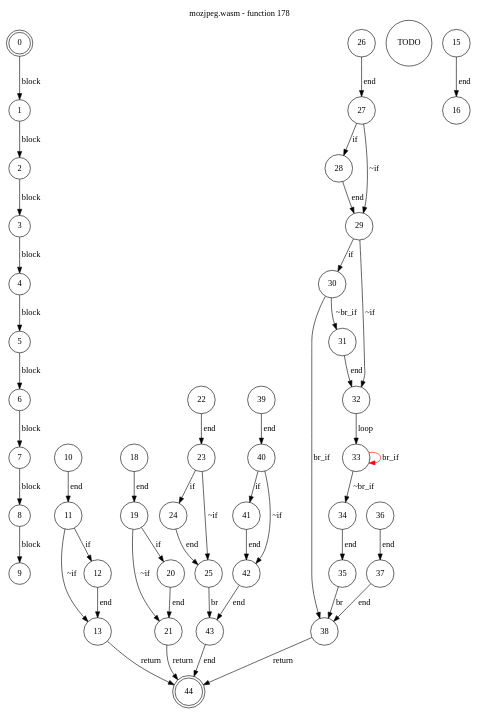
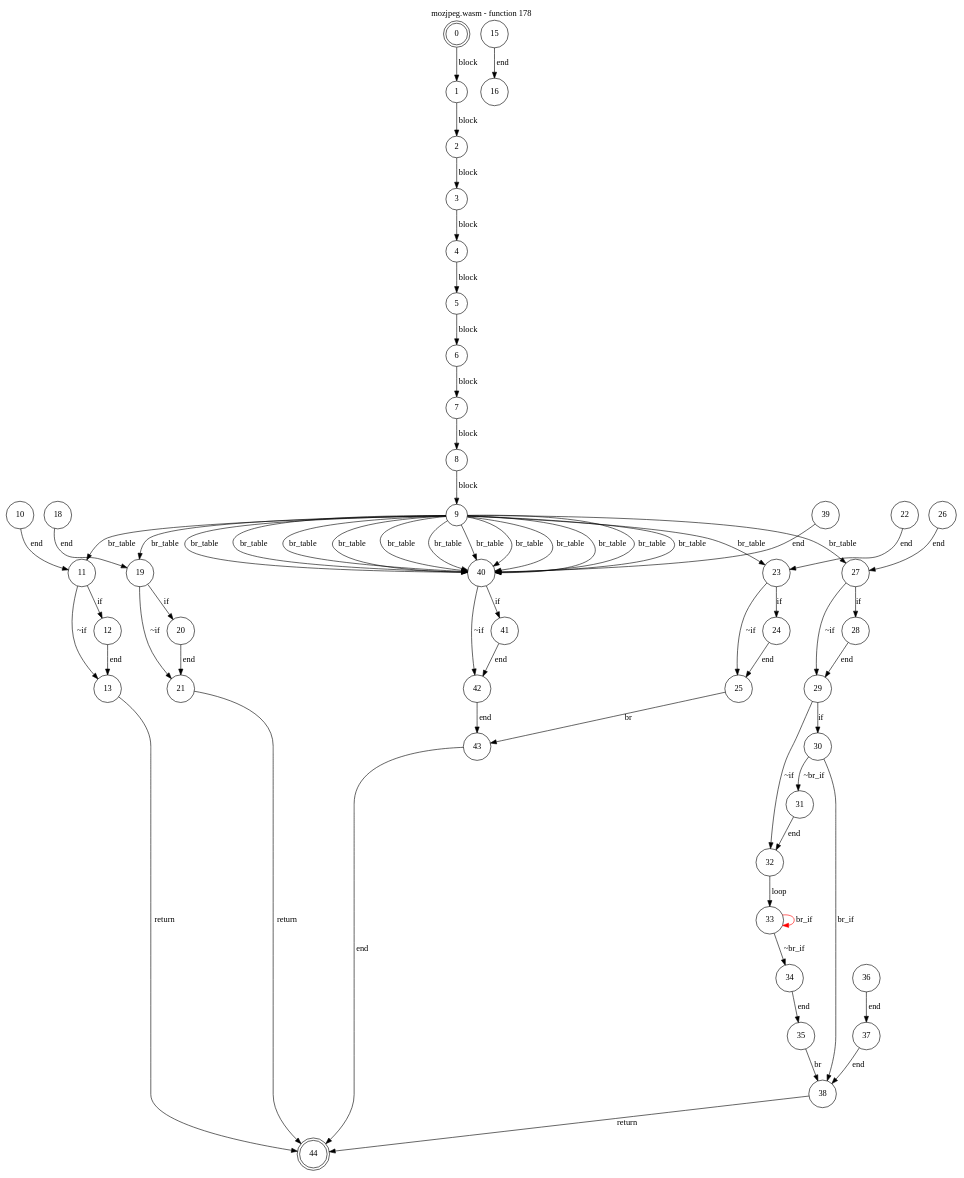
Before and after one commit to jsCarleton/wanalyze: the diagram in test_cases/mozjpeg/funcs/mozjpeg-func178.dot, drawn with Graphviz. The commit also changed 723 other files, not shown here.

Commit message:
br_table now implemented for flow graph

```diff
--- a/test_cases/mozjpeg/funcs/mozjpeg-func178.dot
+++ b/test_cases/mozjpeg/funcs/mozjpeg-func178.dot
@@ -1,58 +1,73 @@
 digraph finite_state_machine {
     label = "mozjpeg.wasm - function 178"
     labelloc =  t
     labelfontsize = 16
     labelfontcolor = black
     labelfontname = "Helvetica"
     node [shape = doublecircle]; 0 44;
     node [shape = circle];
     0 -> 1[label = "block"];
     1 -> 2[label = "block"];
     2 -> 3[label = "block"];
     3 -> 4[label = "block"];
     4 -> 5[label = "block"];
     5 -> 6[label = "block"];
     6 -> 7[label = "block"];
     7 -> 8[label = "block"];
     8 -> 9[label = "block"];
-TODO
+    9 -> 40[label = "br_table"];
+    9 -> 40[label = "br_table"];
+    9 -> 40[label = "br_table"];
+    9 -> 40[label = "br_table"];
+    9 -> 40[label = "br_table"];
+    9 -> 40[label = "br_table"];
+    9 -> 40[label = "br_table"];
+    9 -> 40[label = "br_table"];
+    9 -> 40[label = "br_table"];
+    9 -> 40[label = "br_table"];
+    9 -> 23[label = "br_table"];
+    9 -> 19[label = "br_table"];
+    9 -> 40[label = "br_table"];
+    9 -> 40[label = "br_table"];
+    9 -> 11[label = "br_table"];
+    9 -> 27[label = "br_table"];
     10 -> 11[label = "end"];
     11 -> 12[label = "if"];
     11 -> 13[label = "~if"];
     12 -> 13[label = "end"];
     13 -> 44[label = "return"];
     15 -> 16[label = "end"];
     18 -> 19[label = "end"];
     19 -> 20[label = "if"];
     19 -> 21[label = "~if"];
     20 -> 21[label = "end"];
     21 -> 44[label = "return"];
     22 -> 23[label = "end"];
     23 -> 24[label = "if"];
     23 -> 25[label = "~if"];
     24 -> 25[label = "end"];
     25 -> 43[label = "br"];
     26 -> 27[label = "end"];
     27 -> 28[label = "if"];
     27 -> 29[label = "~if"];
     28 -> 29[label = "end"];
     29 -> 30[label = "if"];
     29 -> 32[label = "~if"];
     30 -> 31[label = "~br_if"];
     30 -> 38[label = "br_if"];
     31 -> 32[label = "end"];
     32 -> 33[label = "loop"];
     33 -> 34[label = "~br_if"];
     33 -> 33[color="red" label = "br_if"];
     34 -> 35[label = "end"];
     35 -> 38[label = "br"];
     36 -> 37[label = "end"];
     37 -> 38[label = "end"];
     38 -> 44[label = "return"];
     39 -> 40[label = "end"];
     40 -> 41[label = "if"];
     40 -> 42[label = "~if"];
     41 -> 42[label = "end"];
     42 -> 43[label = "end"];
     43 -> 44[label = "end"];
 }
```
